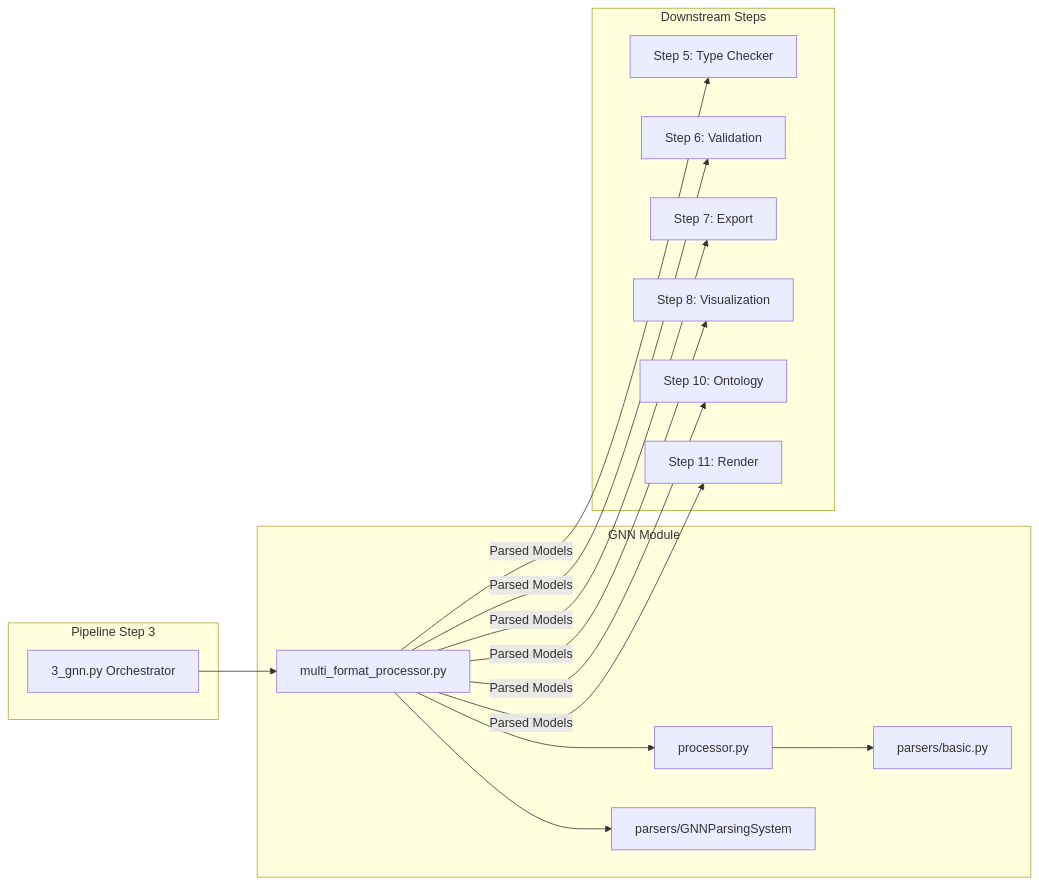
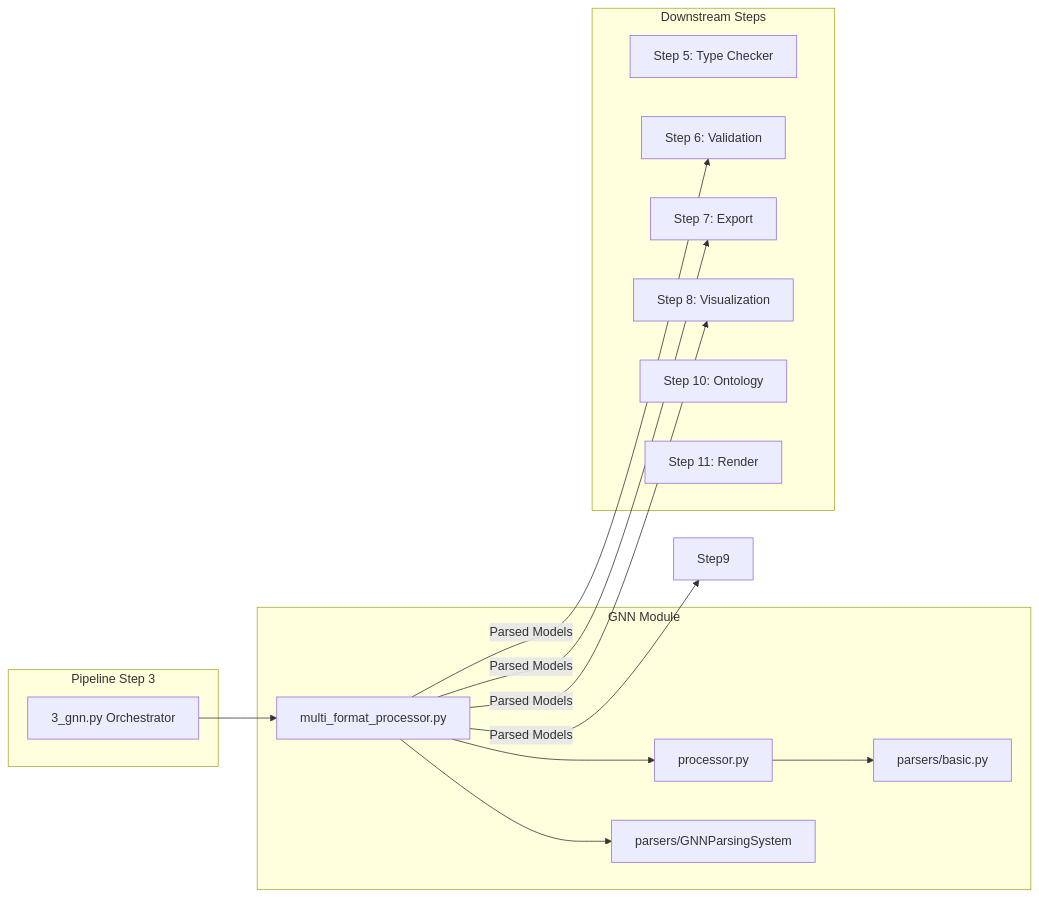
Before and after one commit to ActiveInferenceInstitute/GeneralizedNotationNotation: the fourth of 4 diagrams in src/gnn/README.md, drawn with Mermaid. The commit also changed 29 other files, not shown here.

First line of the commit message:
docs: correct pipeline data-dependency graphs to runtime artifact flow

````diff
--- a/src/gnn/README.md
+++ b/src/gnn/README.md
@@ -176,34 +176,32 @@
 ```mermaid
 flowchart LR
     subgraph "Pipeline Step 3"
         Step3[3_gnn.py Orchestrator]
     end
     
     subgraph "GNN Module"
         MultiFormat[multi_format_processor.py]
         Processor[processor.py]
         Parser[parsers/basic.py]
         ParsingSystem[parsers/GNNParsingSystem]
     end
     
     subgraph "Downstream Steps"
         Step5[Step 5: Type Checker]
         Step6[Step 6: Validation]
         Step7[Step 7: Export]
         Step8[Step 8: Visualization]
         Step10[Step 10: Ontology]
         Step11[Step 11: Render]
     end
     
     Step3 --> MultiFormat
     MultiFormat --> Processor
     MultiFormat --> ParsingSystem
     Processor --> Parser
     
-    MultiFormat -->|Parsed Models| Step5
     MultiFormat -->|Parsed Models| Step6
     MultiFormat -->|Parsed Models| Step7
     MultiFormat -->|Parsed Models| Step8
-    MultiFormat -->|Parsed Models| Step10
-    MultiFormat -->|Parsed Models| Step11
+    MultiFormat -->|Parsed Models| Step9
 ```
````
